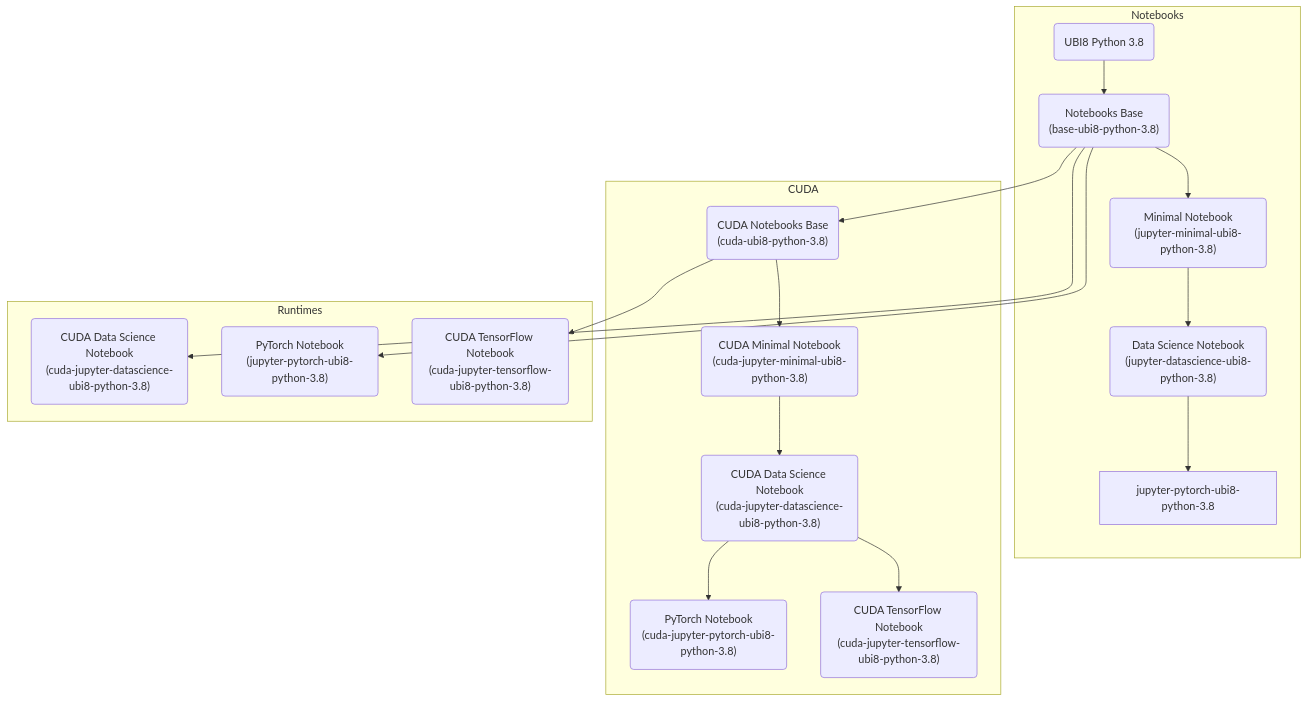
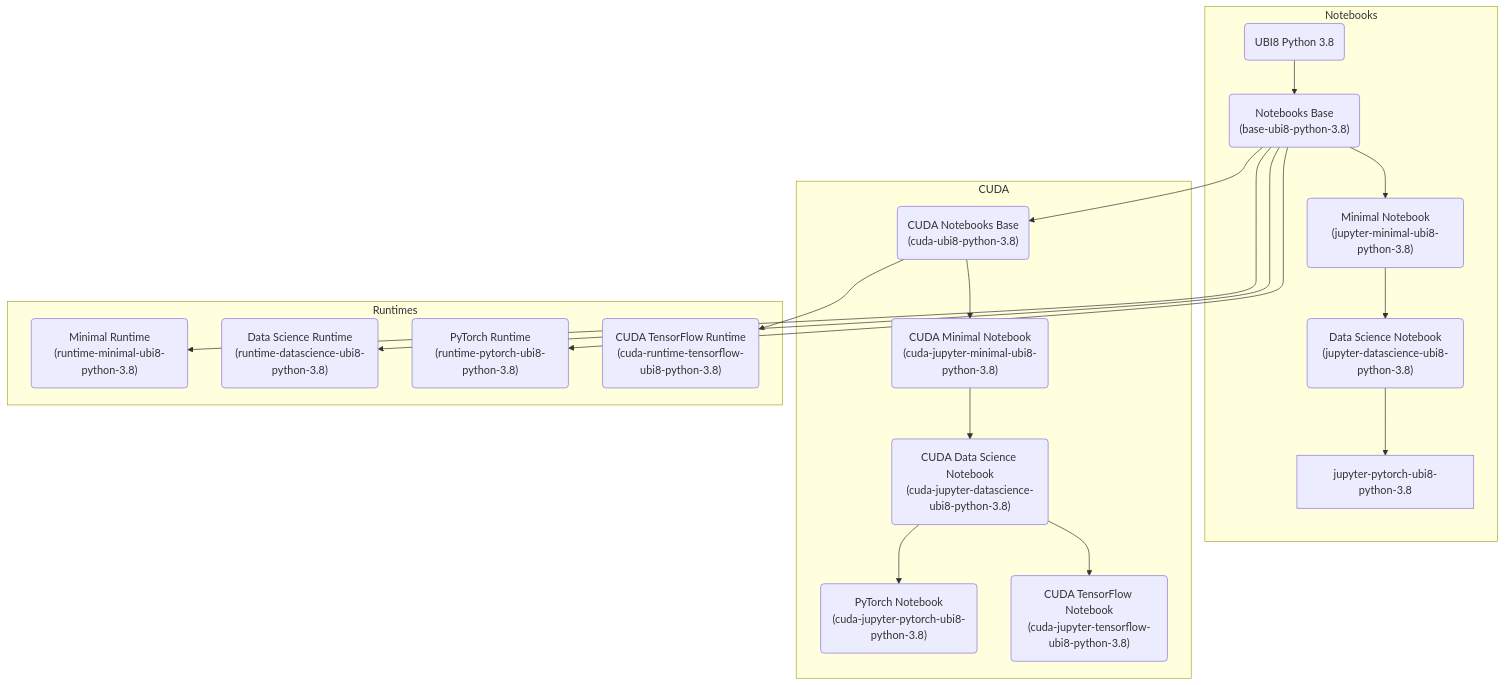
One commit to opendatahub-io/notebooks changed the first of 2 diagrams in README.md. Above: the diagram before and after it, drawn with Mermaid. The commit also changed other lines of this file and 39 other files, not shown here.

````diff
--- a/README.md
+++ b/README.md
@@ -11,44 +11,46 @@
 ```mermaid
 graph TB
     subgraph Notebooks
         %% Nodes
         ubi8-python-3.8(UBI8 Python 3.8);
         base-ubi8-python-3.8("Notebooks Base<br/>(base-ubi8-python-3.8)");
         jupyter-minimal-ubi8-python-3.8("Minimal Notebook<br/>(jupyter-minimal-ubi8-python-3.8)");
         jupyter-datascience-ubi8-python-3.8("Data Science Notebook<br/>(jupyter-datascience-ubi8-python-3.8)");
 
         %% Edges
         ubi8-python-3.8 --> base-ubi8-python-3.8;
         base-ubi8-python-3.8 --> jupyter-minimal-ubi8-python-3.8;
         jupyter-minimal-ubi8-python-3.8 --> jupyter-datascience-ubi8-python-3.8;
         jupyter-datascience-ubi8-python-3.8 --> jupyter-pytorch-ubi8-python-3.8;
     end
 
     subgraph CUDA
         %% Nodes
         cuda-ubi8-python-3.8("CUDA Notebooks Base<br/>(cuda-ubi8-python-3.8)");
         cuda-jupyter-minimal-ubi8-python-3.8("CUDA Minimal Notebook<br/>(cuda-jupyter-minimal-ubi8-python-3.8)");
         cuda-jupyter-datascience-ubi8-python-3.8("CUDA Data Science Notebook<br/>(cuda-jupyter-datascience-ubi8-python-3.8)");
         cuda-jupyter-pytorch-ubi8-python-3.8("PyTorch Notebook<br/>(cuda-jupyter-pytorch-ubi8-python-3.8)");
         cuda-jupyter-tensorflow-ubi8-python-3.8("CUDA TensorFlow Notebook<br/>(cuda-jupyter-tensorflow-ubi8-python-3.8)");
 
         %% Edges
         base-ubi8-python-3.8 --> cuda-ubi8-python-3.8;
         cuda-ubi8-python-3.8 --> cuda-jupyter-minimal-ubi8-python-3.8;
         cuda-jupyter-minimal-ubi8-python-3.8 --> cuda-jupyter-datascience-ubi8-python-3.8;
         cuda-jupyter-datascience-ubi8-python-3.8 --> cuda-jupyter-pytorch-ubi8-python-3.8;
         cuda-jupyter-datascience-ubi8-python-3.8 --> cuda-jupyter-tensorflow-ubi8-python-3.8;
     end
 
     subgraph Runtimes
         %% Nodes
-        runtimes-datascience-ubi8-python-3.8("CUDA Data Science Notebook<br/>(cuda-jupyter-datascience-ubi8-python-3.8)");
-        runtimes-pytorch-ubi8-python-3.8("PyTorch Notebook<br/>(jupyter-pytorch-ubi8-python-3.8)");
-        cuda-runtimes-tensorflow-ubi8-python-3.8("CUDA TensorFlow Notebook<br/>(cuda-jupyter-tensorflow-ubi8-python-3.8)");
+        runtimes-minimal-ubi8-python-3.8("Minimal Runtime<br/>(runtime-minimal-ubi8-python-3.8)");
+        runtimes-datascience-ubi8-python-3.8("Data Science Runtime<br/>(runtime-datascience-ubi8-python-3.8)");
+        runtimes-pytorch-ubi8-python-3.8("PyTorch Runtime<br/>(runtime-pytorch-ubi8-python-3.8)");
+        cuda-runtimes-tensorflow-ubi8-python-3.8("CUDA TensorFlow Runtime<br/>(cuda-runtime-tensorflow-ubi8-python-3.8)");
 
         %% Edges
+        base-ubi8-python-3.8 --> runtimes-minimal-ubi8-python-3.8;
         base-ubi8-python-3.8 --> runtimes-datascience-ubi8-python-3.8;
         base-ubi8-python-3.8 --> runtimes-pytorch-ubi8-python-3.8;
         cuda-ubi8-python-3.8 --> cuda-runtimes-tensorflow-ubi8-python-3.8;
     end
 ```
````
